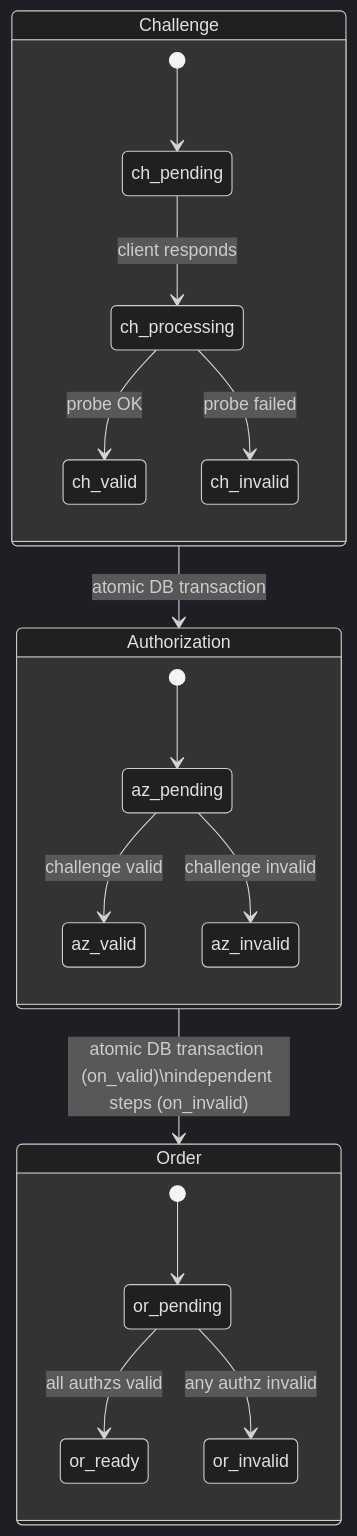
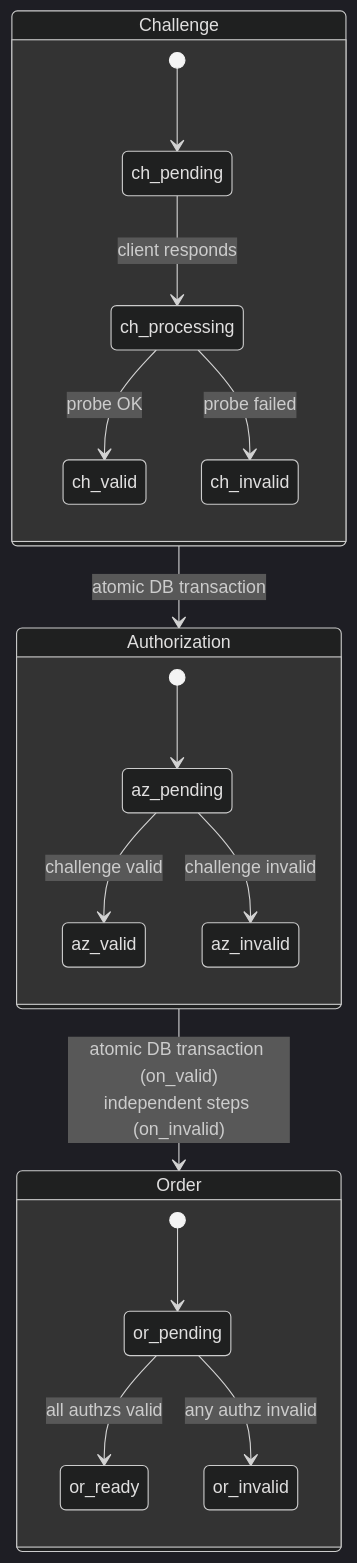
The second of 2 diagrams in docs/src/developer/validation.md (czinda/akamu), drawn with Mermaid (dark theme) before and after one commit. The commit also changed other lines of this file and 1 other file, not shown here.

First line of the commit message:
docs(diagrams): fix mermaid arrow syntax and newline escaping

````diff
--- a/docs/src/developer/validation.md
+++ b/docs/src/developer/validation.md
@@ -119,26 +119,26 @@
 ```mermaid
 stateDiagram-v2
     direction TB
 
     state "Challenge" as chall {
         [*] --> ch_pending
         ch_pending --> ch_processing : client responds
         ch_processing --> ch_valid : probe OK
         ch_processing --> ch_invalid : probe failed
     }
 
     state "Authorization" as authz {
         [*] --> az_pending
         az_pending --> az_valid : challenge valid
         az_pending --> az_invalid : challenge invalid
     }
 
     state "Order" as ord {
         [*] --> or_pending
         or_pending --> or_ready : all authzs valid
         or_pending --> or_invalid : any authz invalid
     }
 
     chall --> authz : atomic DB transaction
-    authz --> ord : atomic DB transaction (on_valid)\nindependent steps (on_invalid)
+    authz --> ord : atomic DB transaction (on_valid)<br/>independent steps (on_invalid)
 ```
````
